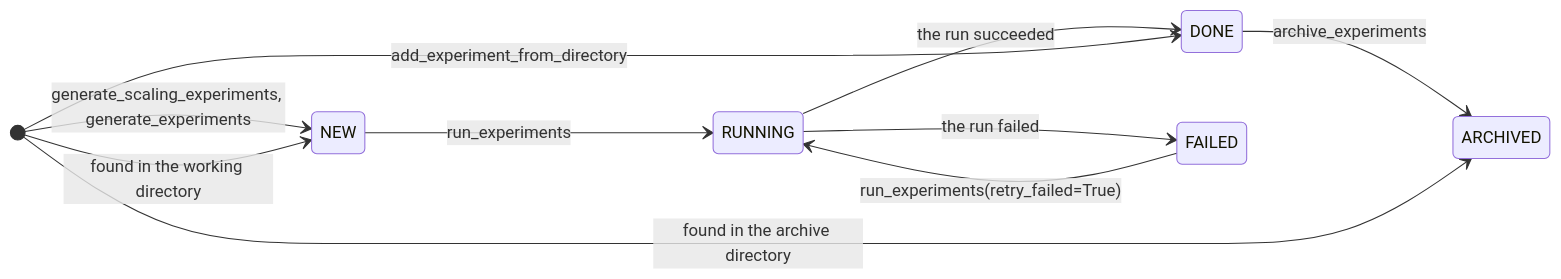
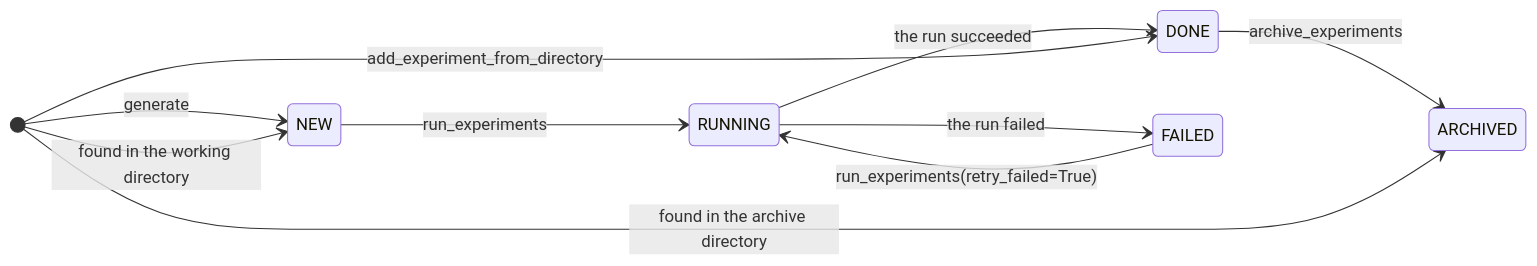
Before and after one commit to ACCESS-NRI/access-profiling: the second of 2 diagrams in documentation/docs/pages/user-guide/index.md, drawn with Mermaid. The commit also changed other lines of this file and 28 other files, not shown here.

````diff
--- a/documentation/docs/pages/user-guide/index.md
+++ b/documentation/docs/pages/user-guide/index.md
@@ -90,13 +92,13 @@
 ```mermaid
 stateDiagram-v2
     direction LR
-    [*] --> NEW: generate_scaling_experiments, generate_experiments
+    [*] --> NEW: generate
     NEW --> RUNNING: run_experiments
     RUNNING --> DONE: the run succeeded
     RUNNING --> FAILED: the run failed
     FAILED --> RUNNING: run_experiments(retry_failed=True)
     DONE --> ARCHIVED: archive_experiments
     [*] --> DONE: add_experiment_from_directory
     [*] --> NEW: found in the working directory
     [*] --> ARCHIVED: found in the archive directory
 ```
````
